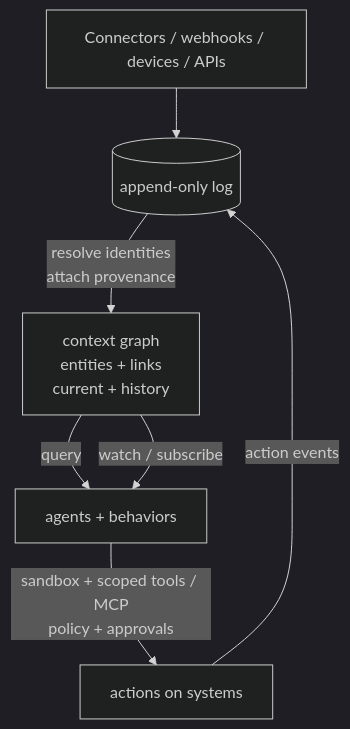
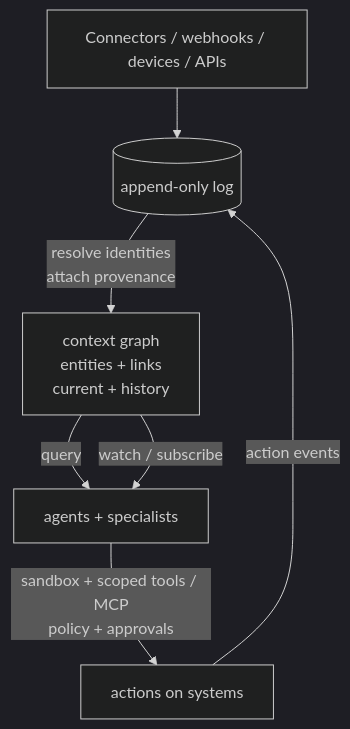
The diagram in README.md (buremba/peerbot), drawn with Mermaid (dark theme) before and after one commit.

Commit message:
fix(docs): drop retired behaviors vocabulary from README diagram
check-exposed-surface-naming bans watcher/behavior as retired
terminology repo-wide, including docs; relabel the node instead.

````diff
--- a/README.md
+++ b/README.md
@@ -90,9 +90,9 @@
 ```mermaid
 flowchart TD
     Sources["Connectors / webhooks / devices / APIs"] --> Log[("append-only log")]
     Log -->|"resolve identities<br/>attach provenance"| Graph["context graph<br/>entities + links<br/>current + history"]
-    Graph -->|"query"| Agents["agents + behaviors"]
+    Graph -->|"query"| Agents["agents + specialists"]
     Graph -->|"watch / subscribe"| Agents
     Agents -->|"sandbox + scoped tools / MCP<br/>policy + approvals"| Actions["actions on systems"]
     Actions -->|"action events"| Log
 ```
````
